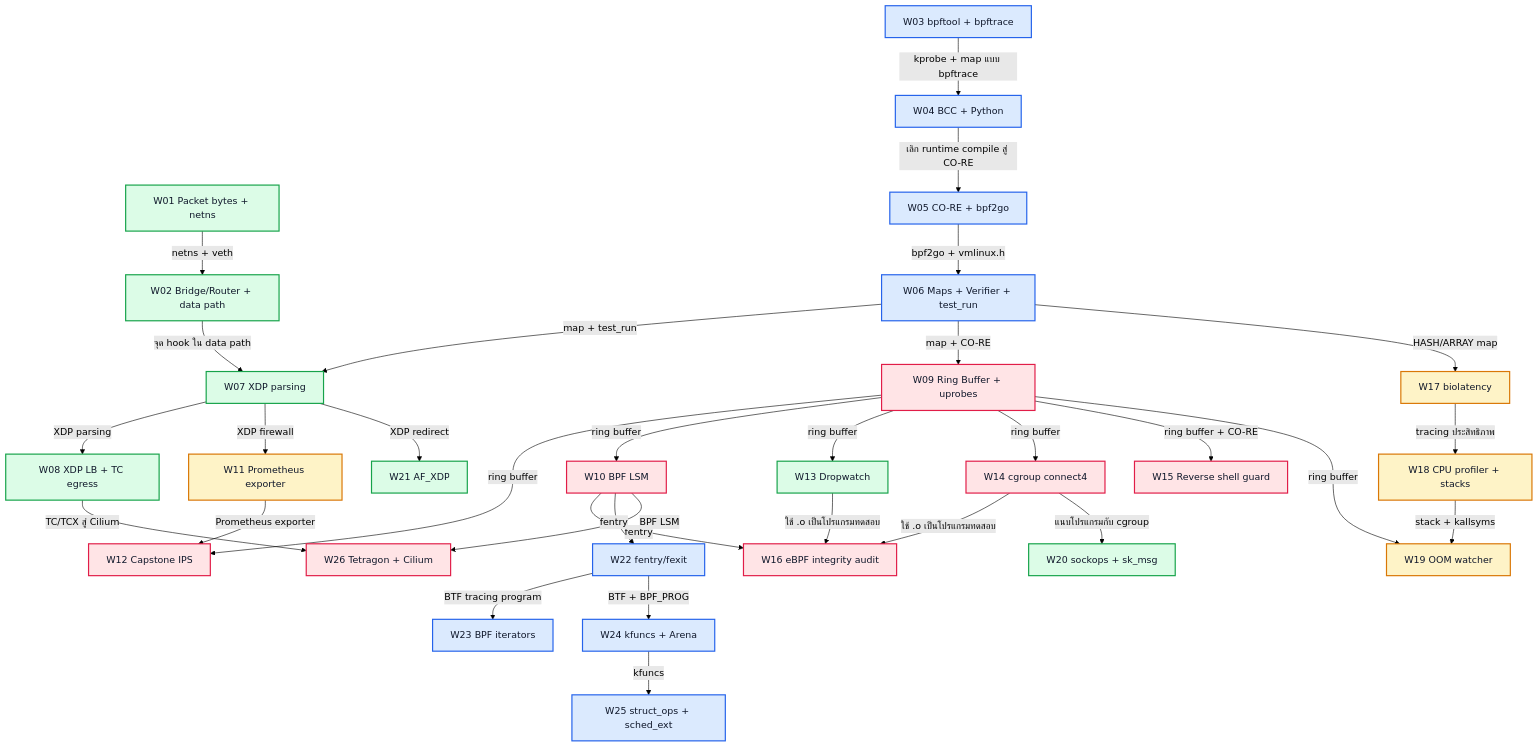
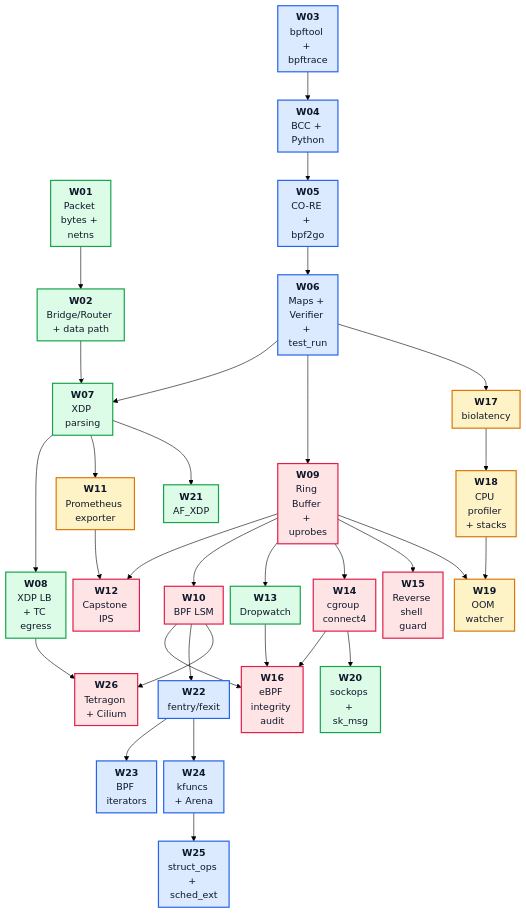
Before and after one commit to alfaXphoori/ebpf: the diagram in docs/diagrams/src/prerequisite-map.mmd, drawn with Mermaid (forest theme). The commit also changed 2 other files, not shown here.

Commit message:
docs: make the prerequisite map readable on GitHub (2489px -> 924px)
- compact week boxes (bold week number + name over 2-3 lines)
- drop the edge labels; the same text is in the prerequisite table under
  the map, which now starts open
- one invisible link keeps W26 next to W12; the layout was picked from
  80 candidates as the narrowest where no arrow runs under another box
- all 30 dependency arrows and the track colours are unchanged

```diff
--- a/docs/diagrams/src/prerequisite-map.mmd
+++ b/docs/diagrams/src/prerequisite-map.mmd
@@ -1,67 +1,78 @@
+---
+config:
+  flowchart:
+    wrappingWidth: 70
+    nodeSpacing: 12
+    rankSpacing: 48
+    padding: 8
+---
 flowchart TD
-    W01["W01 Packet bytes + netns"]
-    W02["W02 Bridge/Router + data path"]
-    W03["W03 bpftool + bpftrace"]
-    W04["W04 BCC + Python"]
-    W05["W05 CO-RE + bpf2go"]
-    W06["W06 Maps + Verifier + test_run"]
-    W07["W07 XDP parsing"]
-    W08["W08 XDP LB + TC egress"]
-    W09["W09 Ring Buffer + uprobes"]
-    W10["W10 BPF LSM"]
-    W11["W11 Prometheus exporter"]
-    W12["W12 Capstone IPS"]
-    W13["W13 Dropwatch"]
-    W14["W14 cgroup connect4"]
-    W15["W15 Reverse shell guard"]
-    W16["W16 eBPF integrity audit"]
-    W17["W17 biolatency"]
-    W18["W18 CPU profiler + stacks"]
-    W19["W19 OOM watcher"]
-    W20["W20 sockops + sk_msg"]
-    W21["W21 AF_XDP"]
-    W22["W22 fentry/fexit"]
-    W23["W23 BPF iterators"]
-    W24["W24 kfuncs + Arena"]
-    W25["W25 struct_ops + sched_ext"]
-    W26["W26 Tetragon + Cilium"]
+    W01["<b>W01</b><br/>Packet bytes + netns"]
+    W02["<b>W02</b><br/>Bridge/Router + data path"]
+    W03["<b>W03</b><br/>bpftool + bpftrace"]
+    W04["<b>W04</b><br/>BCC + Python"]
+    W05["<b>W05</b><br/>CO-RE + bpf2go"]
+    W06["<b>W06</b><br/>Maps + Verifier + test_run"]
+    W07["<b>W07</b><br/>XDP parsing"]
+    W08["<b>W08</b><br/>XDP LB + TC egress"]
+    W09["<b>W09</b><br/>Ring Buffer + uprobes"]
+    W10["<b>W10</b><br/>BPF LSM"]
+    W11["<b>W11</b><br/>Prometheus exporter"]
+    W12["<b>W12</b><br/>Capstone IPS"]
+    W13["<b>W13</b><br/>Dropwatch"]
+    W14["<b>W14</b><br/>cgroup connect4"]
+    W15["<b>W15</b><br/>Reverse shell guard"]
+    W16["<b>W16</b><br/>eBPF integrity audit"]
+    W17["<b>W17</b><br/>biolatency"]
+    W18["<b>W18</b><br/>CPU profiler + stacks"]
+    W19["<b>W19</b><br/>OOM watcher"]
+    W20["<b>W20</b><br/>sockops + sk_msg"]
+    W21["<b>W21</b><br/>AF_XDP"]
+    W22["<b>W22</b><br/>fentry/fexit"]
+    W23["<b>W23</b><br/>BPF iterators"]
+    W24["<b>W24</b><br/>kfuncs + Arena"]
+    W25["<b>W25</b><br/>struct_ops + sched_ext"]
+    W26["<b>W26</b><br/>Tetragon + Cilium"]
 
-    W01 -- "netns + veth" --> W02
-    W02 -- "จุด hook ใน data path" --> W07
-    W03 -- "kprobe + map แบบ bpftrace" --> W04
-    W04 -- "เลิก runtime compile สู่ CO-RE" --> W05
-    W05 -- "bpf2go + vmlinux.h" --> W06
-    W06 -- "map + test_run" --> W07
-    W06 -- "map + CO-RE" --> W09
-    W06 -- "HASH/ARRAY map" --> W17
-    W07 -- "XDP parsing" --> W08
-    W07 -- "XDP firewall" --> W11
-    W07 -- "XDP redirect" --> W21
-    W11 -- "Prometheus exporter" --> W12
-    W09 -- "ring buffer" --> W12
-    W09 -- "ring buffer" --> W10
-    W09 -- "ring buffer" --> W13
-    W09 -- "ring buffer" --> W14
-    W09 -- "ring buffer + CO-RE" --> W15
-    W09 -- "ring buffer" --> W19
-    W13 -- "ใช้ .o เป็นโปรแกรมทดสอบ" --> W16
-    W14 -- "ใช้ .o เป็นโปรแกรมทดสอบ" --> W16
-    W10 -- "fentry" --> W16
-    W10 -- "fentry" --> W22
-    W10 -- "BPF LSM" --> W26
-    W14 -- "แนบโปรแกรมกับ cgroup" --> W20
-    W17 -- "tracing ประสิทธิภาพ" --> W18
-    W18 -- "stack + kallsyms" --> W19
-    W22 -- "BTF tracing program" --> W23
-    W22 -- "BTF + BPF_PROG" --> W24
-    W24 -- "kfuncs" --> W25
-    W08 -- "TC/TCX สู่ Cilium" --> W26
+    W01 --> W02
+    W02 --> W07
+    W03 --> W04
+    W04 --> W05
+    W05 --> W06
+    W06 --> W07
+    W06 --> W09
+    W06 --> W17
+    W07 --> W08
+    W07 --> W11
+    W07 --> W21
+    W11 --> W12
+    W09 --> W12
+    W09 --> W10
+    W09 --> W13
+    W09 --> W14
+    W09 --> W15
+    W09 --> W19
+    W13 --> W16
+    W14 --> W16
+    W10 --> W16
+    W10 --> W22
+    W10 --> W26
+    W14 --> W20
+    W17 --> W18
+    W18 --> W19
+    W22 --> W23
+    W22 --> W24
+    W24 --> W25
+    W08 --> W26
+
+    %% Layout only: keeps W26 next to W12 so no arrow runs under another box
+    W12 ~~~ W26
 
     classDef net fill:#dcfce7,stroke:#16a34a,stroke-width:2px,color:#0f172a
     classDef core fill:#dbeafe,stroke:#2563eb,stroke-width:2px,color:#0f172a
     classDef sec fill:#ffe4e6,stroke:#e11d48,stroke-width:2px,color:#0f172a
     classDef perf fill:#fef3c7,stroke:#d97706,stroke-width:2px,color:#0f172a
     class W01,W02,W07,W08,W13,W20,W21 net
     class W03,W04,W05,W06,W22,W23,W24,W25 core
     class W09,W10,W12,W14,W15,W16,W26 sec
     class W11,W17,W18,W19 perf
```
